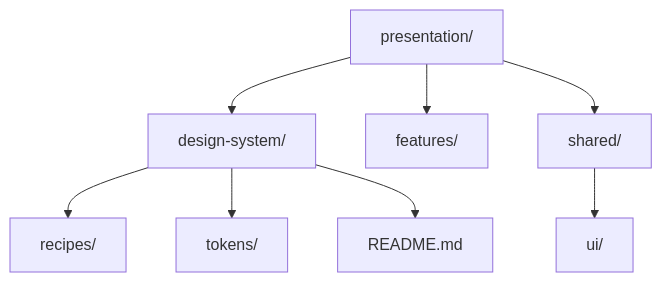
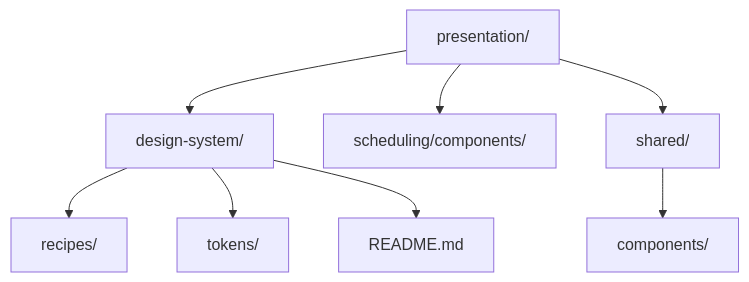
One commit to AndresTaoFlorez/software-architecture changed the seventh of 7 diagrams in frontend/styling-and-design-system.md. Above: the diagram before and after it, drawn with Mermaid. The commit also changed other lines of this file and 43 other files, not shown here.

````diff
--- a/frontend/styling-and-design-system.md
+++ b/frontend/styling-and-design-system.md
@@ -404,10 +404,10 @@
 ```mermaid
 flowchart TD
     P["presentation/"] --> D["design-system/"]
-    P --> F["features/"]
+    P --> F["scheduling/components/"]
     P --> S["shared/"]
     D --> R["recipes/"]
     D --> T["tokens/"]
     D --> RD["README.md"]
-    S --> UI["ui/"]
+    S --> UI["components/"]
 ```
````
